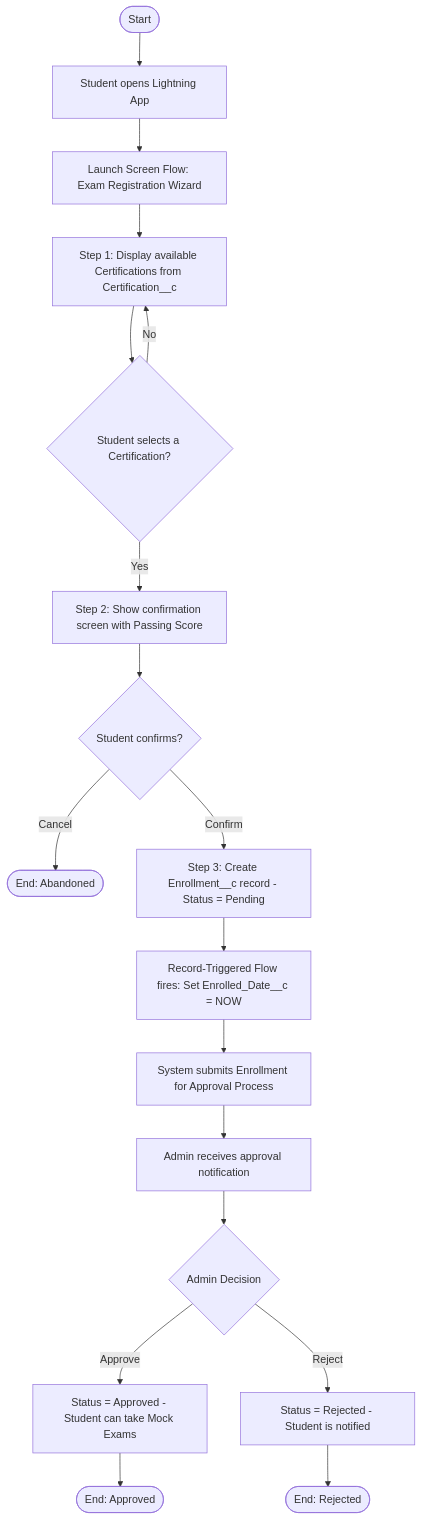
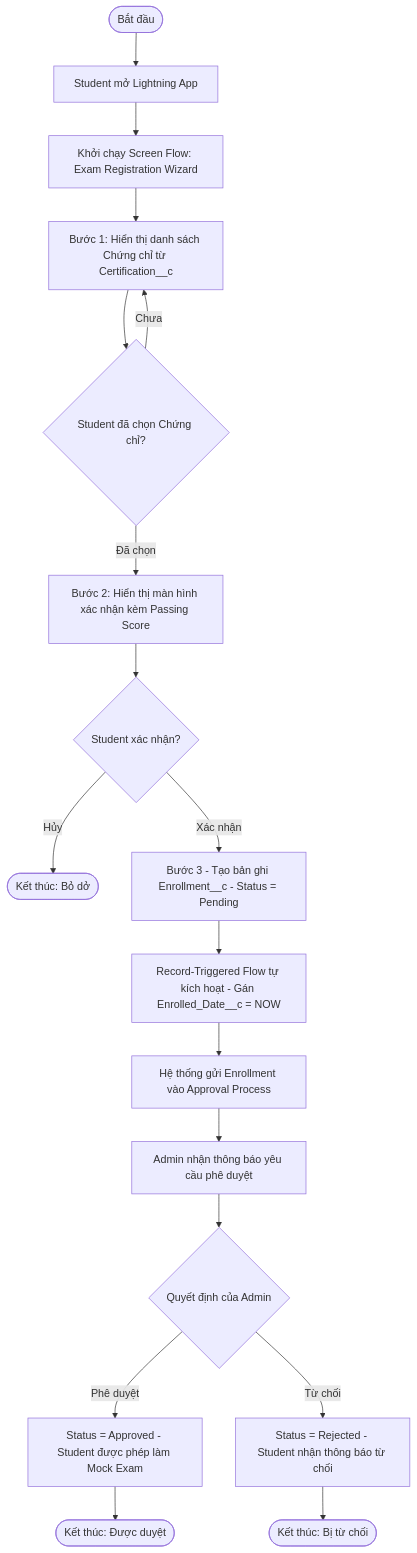
One commit to LaPhuocLoc/Salesforce-Project changed the first of 8 diagrams in Flow.md. Above: the diagram before and after it, drawn with Mermaid. The commit also changed other lines of this file, not shown here.

Commit message:
Translate Business Process Flows to Vietnamese

````diff
--- a/Flow.md
+++ b/Flow.md
@@ -7,20 +7,20 @@
 ```mermaid
 flowchart TD
-    A([Start]) --> B[Student opens Lightning App]
-    B --> C[Launch Screen Flow: Exam Registration Wizard]
-    C --> D[Step 1: Display available Certifications from Certification__c]
-    D --> E{Student selects a Certification?}
-    E -- No --> D
-    E -- Yes --> F[Step 2: Show confirmation screen with Passing Score]
-    F --> G{Student confirms?}
-    G -- Cancel --> Z([End: Abandoned])
-    G -- Confirm --> H[Step 3: Create Enrollment__c record - Status = Pending]
-    H --> I[Record-Triggered Flow fires: Set Enrolled_Date__c = NOW]
-    I --> J[System submits Enrollment for Approval Process]
-    J --> K[Admin receives approval notification]
-    K --> L{Admin Decision}
-    L -- Approve --> M[Status = Approved - Student can take Mock Exams]
-    L -- Reject --> N[Status = Rejected - Student is notified]
-    M --> O([End: Approved])
-    N --> P([End: Rejected])
+    A([Bắt đầu]) --> B[Student mở Lightning App]
+    B --> C[Khởi chạy Screen Flow: Exam Registration Wizard]
+    C --> D[Bước 1: Hiển thị danh sách Chứng chỉ từ Certification__c]
+    D --> E{Student đã chọn Chứng chỉ?}
+    E -- Chưa --> D
+    E -- Đã chọn --> F[Bước 2: Hiển thị màn hình xác nhận kèm Passing Score]
+    F --> G{Student xác nhận?}
+    G -- Hủy --> Z([Kết thúc: Bỏ dở])
+    G -- Xác nhận --> H[Bước 3 - Tạo bản ghi Enrollment__c - Status = Pending]
+    H --> I[Record-Triggered Flow tự kích hoạt - Gán Enrolled_Date__c = NOW]
+    I --> J[Hệ thống gửi Enrollment vào Approval Process]
+    J --> K[Admin nhận thông báo yêu cầu phê duyệt]
+    K --> L{Quyết định của Admin}
+    L -- Phê duyệt --> M[Status = Approved - Student được phép làm Mock Exam]
+    L -- Từ chối --> N[Status = Rejected - Student nhận thông báo từ chối]
+    M --> O([Kết thúc: Được duyệt])
+    N --> P([Kết thúc: Bị từ chối])
 ```
````
